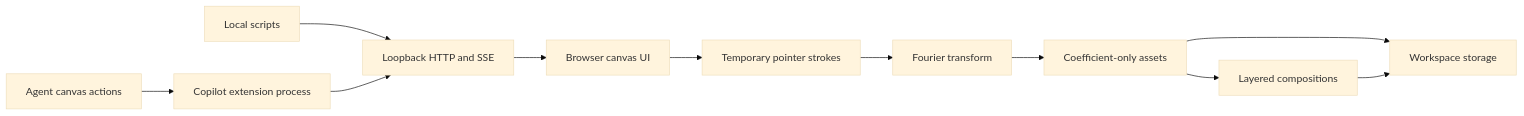
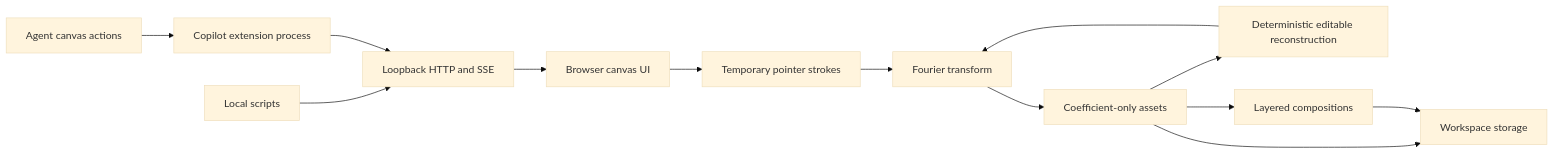
The diagram in README.md (BrettReifs/fourier-runtime-canvas), drawn with Mermaid (base theme) before and after one commit. The commit also changed other lines of this file and 13 other files, not shown here.

````diff
--- a/README.md
+++ b/README.md
@@ -39,13 +46,15 @@
 ```mermaid
 flowchart LR
     A[Agent canvas actions] --> E[Copilot extension process]
     S[Local scripts] --> H[Loopback HTTP and SSE]
     E --> H
     H --> U[Browser canvas UI]
     U --> T[Temporary pointer strokes]
     T --> F[Fourier transform]
     F --> P[Coefficient-only assets]
+    P --> R[Deterministic editable reconstruction]
+    R --> F
     P --> C[Layered compositions]
     P --> W[Workspace storage]
     C --> W
 ```
````
